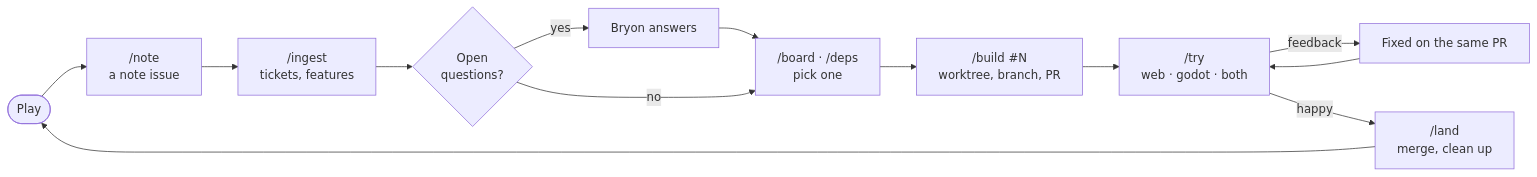
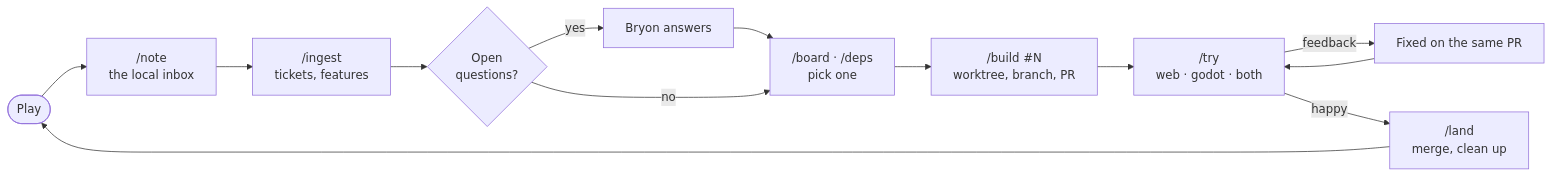
One commit to bdizzz/downtown-mars changed the diagram in docs/WORKFLOW.md. Above: the diagram before and after it, drawn with Mermaid. The commit also changed other lines of this file and 4 other files, not shown here.

First line of the commit message:
chore(tickets): keep /note notes in a local inbox, not GitHub issues (#338)

````diff
--- a/docs/WORKFLOW.md
+++ b/docs/WORKFLOW.md
@@ -9,13 +9,13 @@
 ```mermaid
 flowchart LR
-  play([Play]) --> note["/note<br/>a note issue"]
+  play([Play]) --> note["/note<br/>the local inbox"]
   note --> ingest["/ingest<br/>tickets, features"]
   ingest --> answer{Open<br/>questions?}
   answer -- yes --> reply[Bryon answers] --> pick
   answer -- no --> pick["/board · /deps<br/>pick one"]
   pick --> build["/build #N<br/>worktree, branch, PR"]
   build --> try["/try<br/>web · godot · both"]
   try -- feedback --> fix[Fixed on the same PR] --> try
   try -- happy --> land["/land<br/>merge, clean up"]
   land --> play
 ```
````
